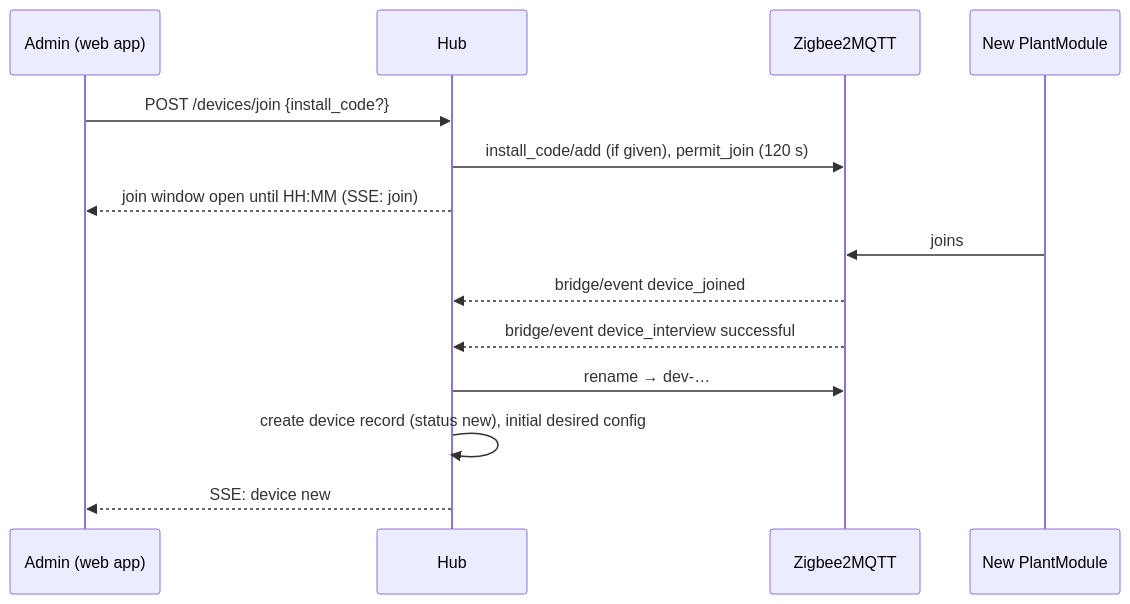
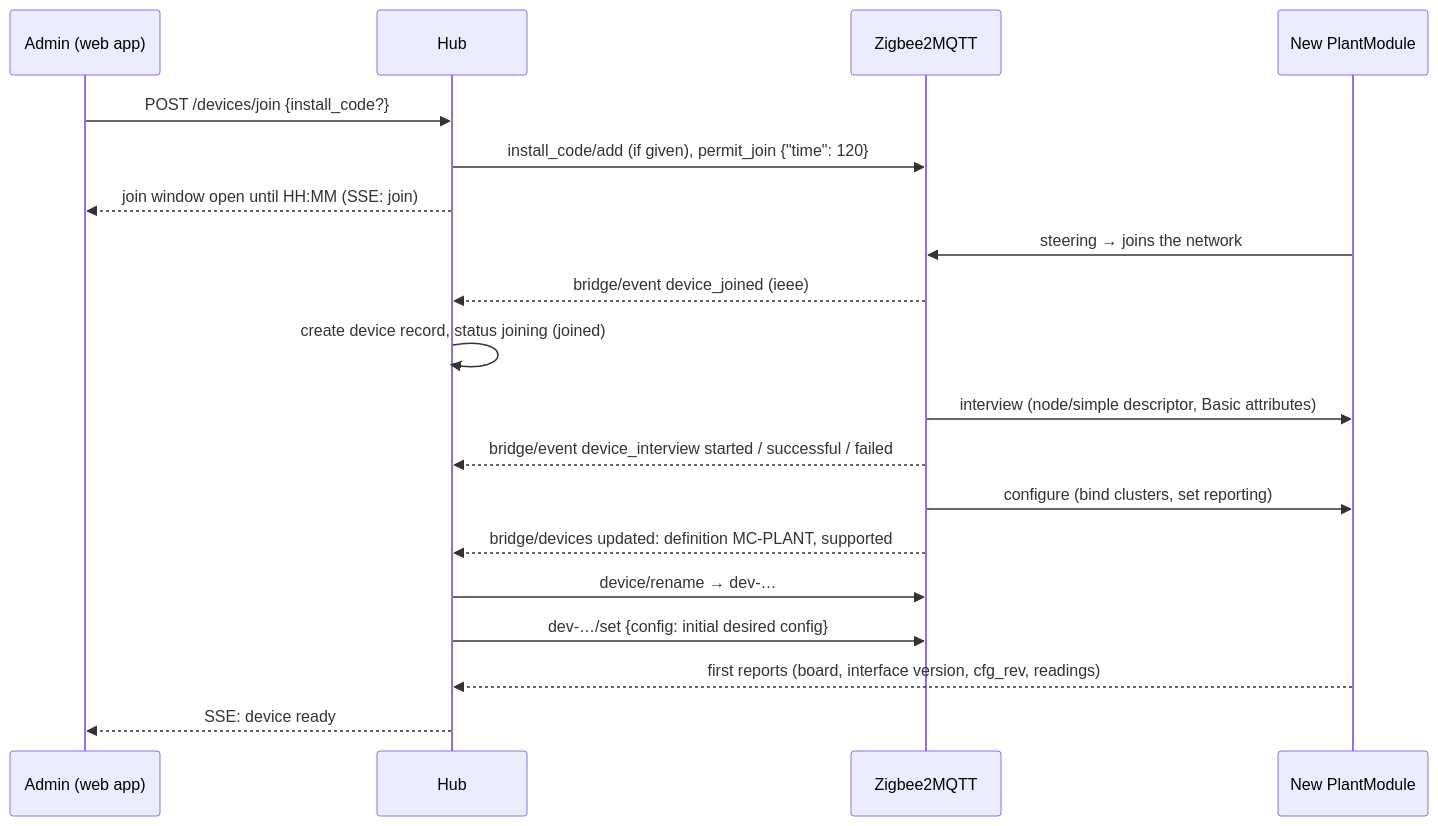
Before and after one commit to Hansom17/MoistureController: the fourth of 7 diagrams in Gateway/specs.md, drawn with Mermaid. The commit also changed other lines of this file and 6 other files, not shown here.

````diff
--- a/Gateway/specs.md
+++ b/Gateway/specs.md
@@ -222,17 +225,22 @@
 ```mermaid
 sequenceDiagram
     participant A as Admin (web app)
     participant H as Hub
     participant Z as Zigbee2MQTT
     participant D as New PlantModule
 
     A->>H: POST /devices/join {install_code?}
-    H->>Z: install_code/add (if given), permit_join (120 s)
+    H->>Z: install_code/add (if given), permit_join {"time": 120}
     H-->>A: join window open until HH:MM (SSE: join)
-    D->>Z: joins
-    Z-->>H: bridge/event device_joined
-    Z-->>H: bridge/event device_interview successful
-    H->>Z: rename → dev-…
-    H->>H: create device record (status new), initial desired config
-    H-->>A: SSE: device new
+    D->>Z: steering → joins the network
+    Z-->>H: bridge/event device_joined (ieee)
+    H->>H: create device record, status joining (joined)
+    Z->>D: interview (node/simple descriptor, Basic attributes)
+    Z-->>H: bridge/event device_interview started / successful / failed
+    Z->>D: configure (bind clusters, set reporting)
+    Z-->>H: bridge/devices updated: definition MC-PLANT, supported
+    H->>Z: device/rename → dev-…
+    H->>Z: dev-…/set {config: initial desired config}
+    D-->>H: first reports (board, interface version, cfg_rev, readings)
+    H-->>A: SSE: device ready
 ```
````
